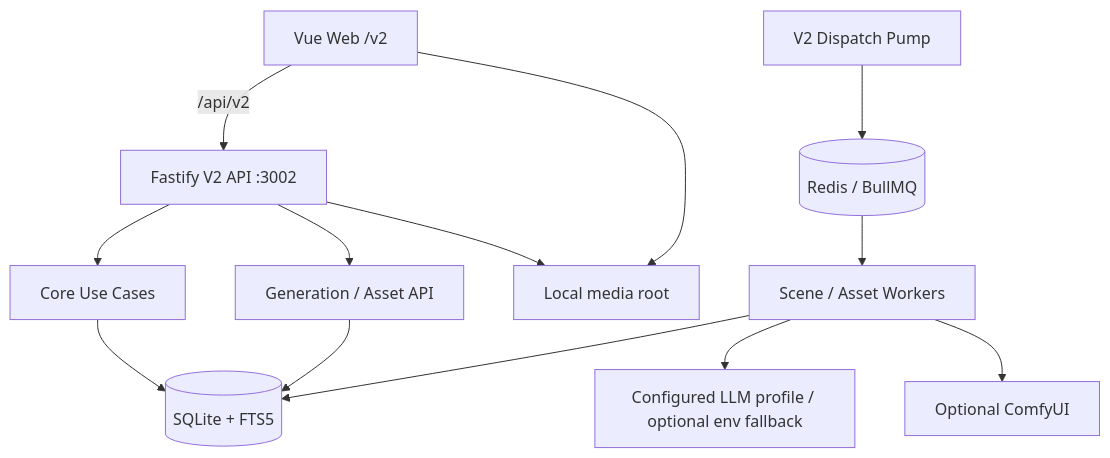
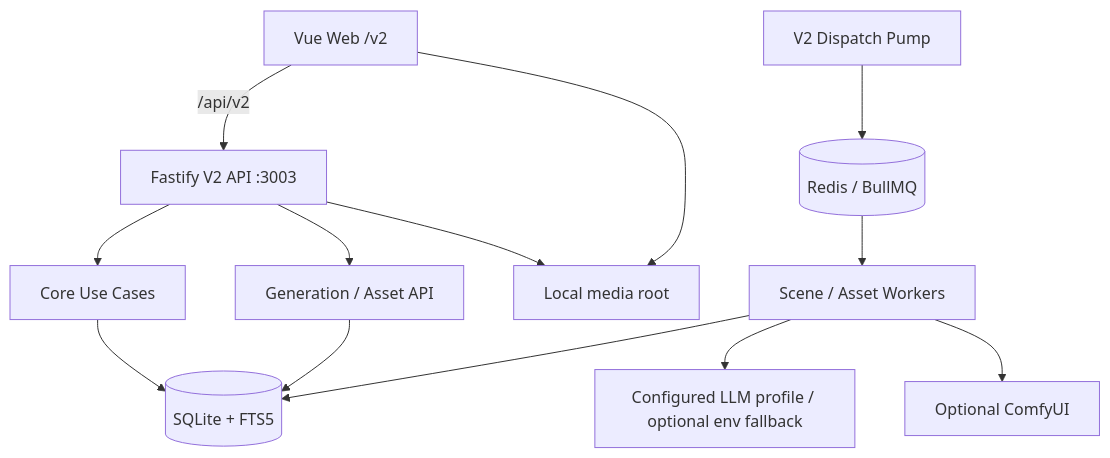
Before and after one commit to lark-x/GameStart: the diagram in docs/architecture.md, drawn with Mermaid. The commit also changed other lines of this file and 22 other files, not shown here.

````diff
--- a/docs/architecture.md
+++ b/docs/architecture.md
@@ -18,15 +18,15 @@
 ```mermaid
 flowchart TD
-    Web["Vue Web /v2"] -->|"/api/v2"| API["Fastify V2 API :3002"]
+    Web["Vue Web /v2"] -->|"/api/v2"| API["Fastify V2 API :3003"]
     API --> Core["Core Use Cases"]
     API --> Generation["Generation / Asset API"]
     Core --> SQLite[("SQLite + FTS5")]
     Generation --> SQLite
     Pump["V2 Dispatch Pump"] --> Redis[("Redis / BullMQ")]
     Redis --> Workers["Scene / Asset Workers"]
     Workers --> SQLite
     Workers --> LLM["Configured LLM profile / optional env fallback"]
     Workers --> Comfy["Optional ComfyUI"]
     API --> Media["Local media root"]
     Web --> Media
 ```
````
